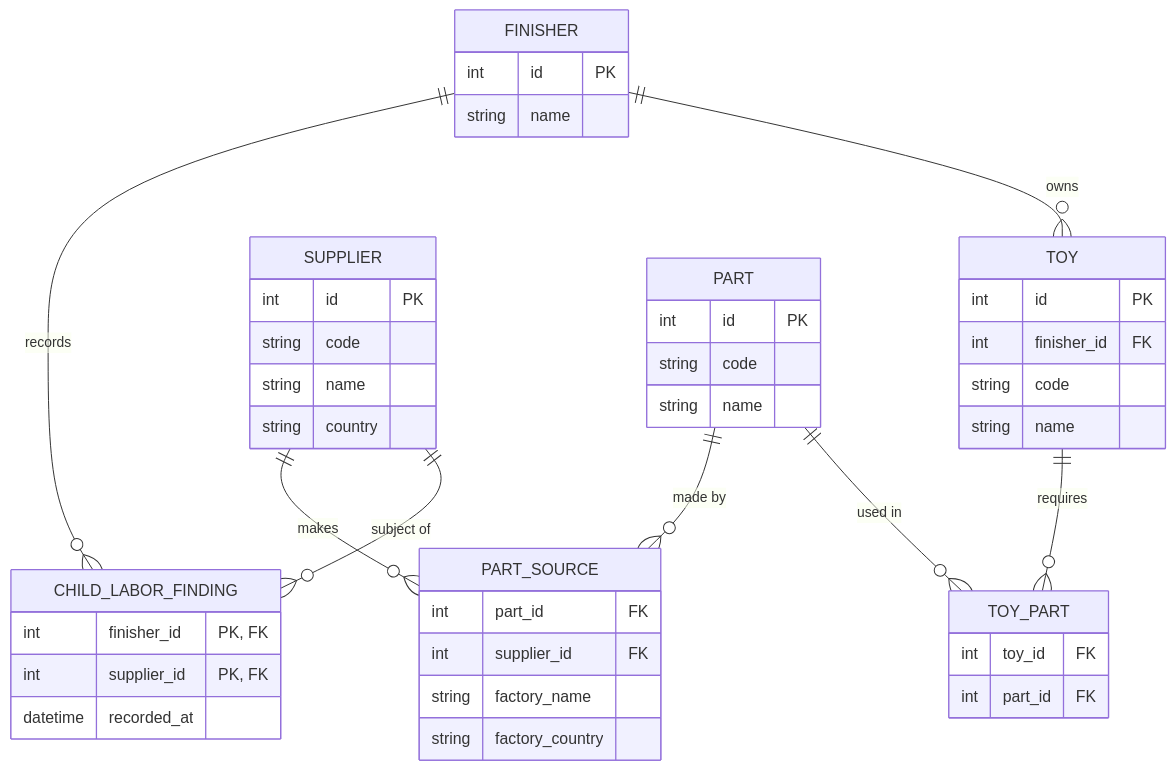
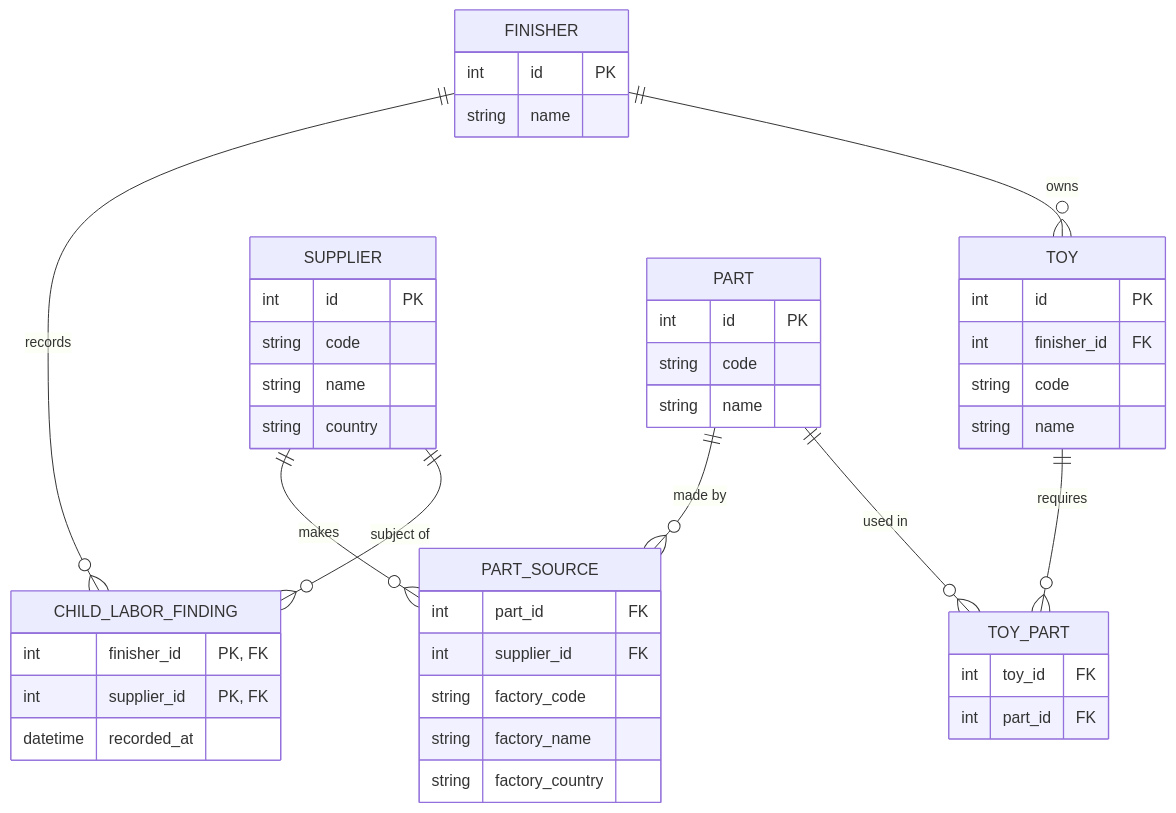
One commit to take-home-tract/FairToy changed the third of 4 diagrams in docs/design.md. Above: the diagram before and after it, drawn with Mermaid. The commit also changed other lines of this file and 5 other files, not shown here.

````diff
--- a/docs/design.md
+++ b/docs/design.md
@@ -62,33 +62,34 @@
 ```mermaid
 erDiagram
     FINISHER ||--o{ TOY : owns
     FINISHER ||--o{ CHILD_LABOR_FINDING : records
     SUPPLIER ||--o{ CHILD_LABOR_FINDING : "subject of"
     TOY ||--o{ TOY_PART : requires
     PART ||--o{ TOY_PART : "used in"
     PART ||--o{ PART_SOURCE : "made by"
     SUPPLIER ||--o{ PART_SOURCE : makes
 
     FINISHER { int id PK
         string name }
     TOY { int id PK
         int finisher_id FK
         string code
         string name }
     PART { int id PK
         string code
         string name }
     SUPPLIER { int id PK
         string code
         string name
         string country }
     TOY_PART { int toy_id FK
         int part_id FK }
     PART_SOURCE { int part_id FK
         int supplier_id FK
+        string factory_code
         string factory_name
         string factory_country }
     CHILD_LABOR_FINDING { int finisher_id "PK, FK"
         int supplier_id "PK, FK"
         datetime recorded_at }
 ```
````
